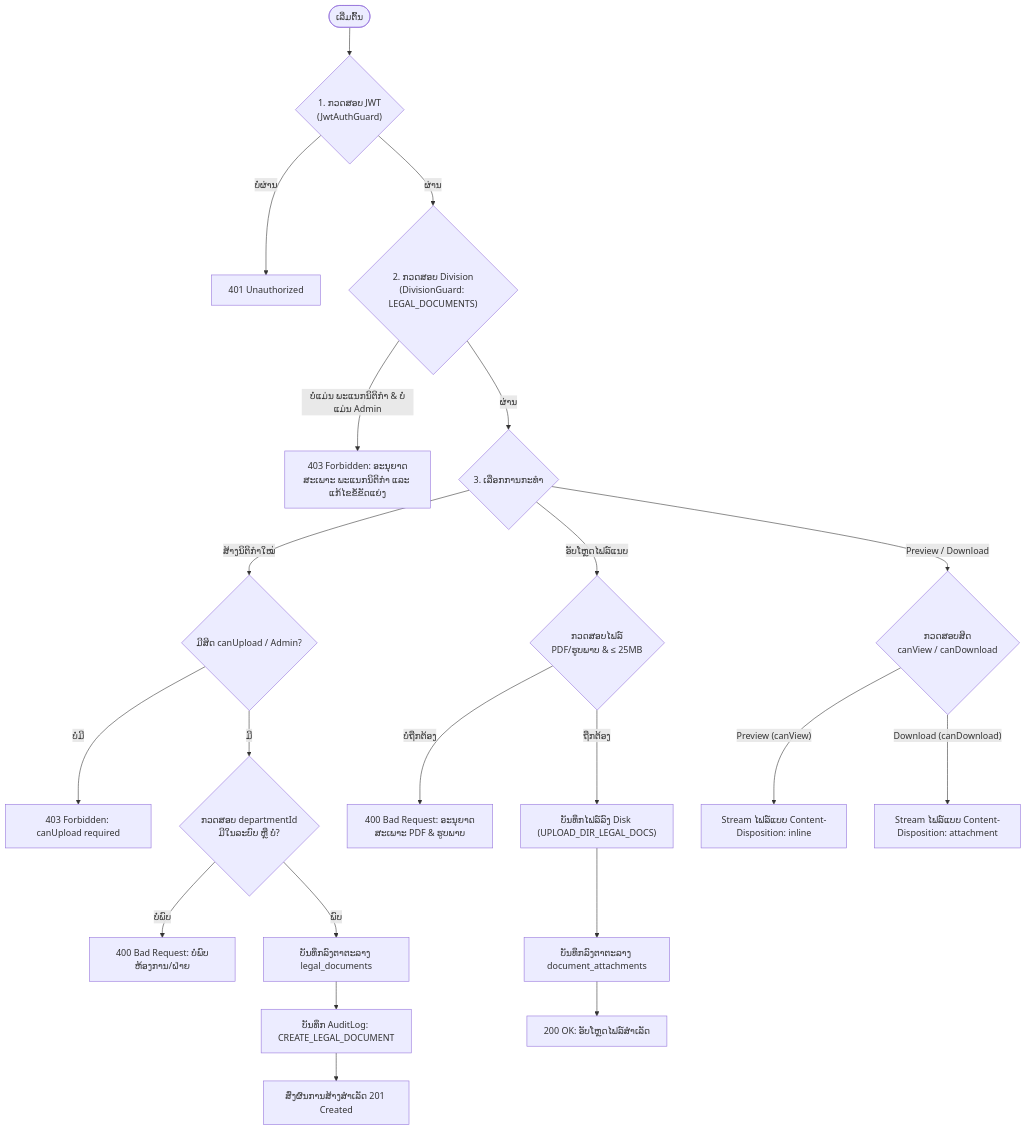
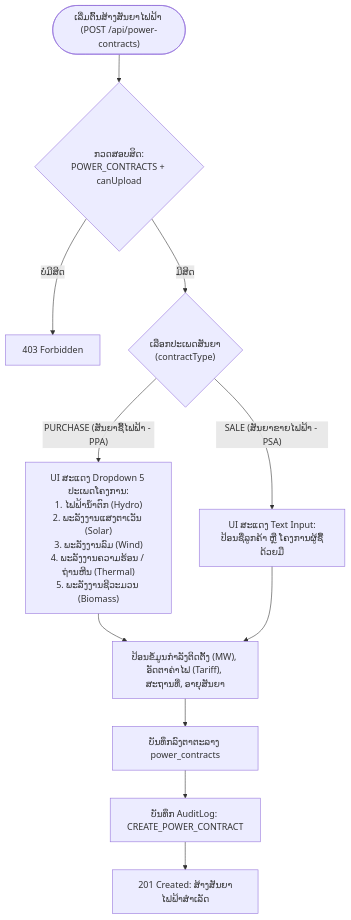
One commit to SamMie341/legal-contract-backend changed the fifth of 8 diagrams in SYSTEM_FLOW_AND_MODULES.md. Above: the diagram before and after it, drawn with Mermaid. The commit also changed other lines of this file and 99 other files, not shown here.

````diff
--- a/SYSTEM_FLOW_AND_MODULES.md
+++ b/SYSTEM_FLOW_AND_MODULES.md
@@ -196,30 +244,15 @@
 ```mermaid
 flowchart TD
-    Start(["ເລີ່ມຕົ້ນ"]) --> CheckAuth{"1. ກວດສອບ JWT<br/>(JwtAuthGuard)"}
-    CheckAuth -- "ບໍ່ຜ່ານ" --> Err401["401 Unauthorized"]
-    CheckAuth -- "ຜ່ານ" --> CheckDiv{"2. ກວດສອບ Division<br/>(DivisionGuard: LEGAL_DOCUMENTS)"}
-    
-    CheckDiv -- "ບໍ່ແມ່ນ ພະແນກນິຕິກຳ & ບໍ່ແມ່ນ Admin" --> ErrDiv403["403 Forbidden: ອະນຸຍາດສະເພາະ ພະແນກນິຕິກຳ ແລະ ແກ້ໄຂຂໍ້ຂັດແຍ່ງ"]
-    CheckDiv -- "ຜ່ານ" --> ActionType{"3. ເລືອກການກະທຳ"}
+    Start(["ເລີ່ມຕົ້ນສ້າງສັນຍາໄຟຟ້າ (POST /api/power-contracts)"]) --> CheckDiv{"ກວດສອບສິດ:<br/>POWER_CONTRACTS + canUpload"}
+    CheckDiv -- "ບໍ່ມີສິດ" --> Err403["403 Forbidden"]
+    CheckDiv -- "ມີສິດ" --> CheckType{"ເລືອກປະເພດສັນຍາ<br/>(contractType)"}
 
-    %% Action: Create Document
-    ActionType -- "ສ້າງນິຕິກຳໃໝ່" --> CheckUploadRole{"ມີສິດ canUpload / Admin?"}
-    CheckUploadRole -- "ບໍ່ມີ" --> Err403["403 Forbidden: canUpload required"]
-    CheckUploadRole -- "ມີ" --> ValDept{"ກວດສອບ departmentId<br/>ມີໃນລະບົບ ຫຼື ບໍ່?"}
-    ValDept -- "ບໍ່ພົບ" --> Err400["400 Bad Request: ບໍ່ພົບຫ້ອງການ/ຝ່າຍ"]
-    ValDept -- "ພົບ" --> SaveDoc["ບັນທຶກລົງຕາຕະລາງ legal_documents"]
-    SaveDoc --> AuditDoc["ບັນທຶກ AuditLog: CREATE_LEGAL_DOCUMENT"]
-    AuditDoc --> ResDoc["ສົ່ງຜົນການສ້າງສຳເລັດ 201 Created"]
+    CheckType -- "PURCHASE (ສັນຍາຊື້ໄຟຟ້າ - PPA)" --> PPAFlow["UI ສະແດງ Dropdown 5 ປະເພດໂຄງການ:<br/>1. ໄຟຟ້ານໍ້າຕົກ (Hydro)<br/>2. ພະລັງງານແສງຕາເວັນ (Solar)<br/>3. ພະລັງງານລົມ (Wind)<br/>4. ພະລັງງານຄວາມຮ້ອນ / ຖ່ານຫີນ (Thermal)<br/>5. ພະລັງງານຊີວະມວນ (Biomass)"]
+    CheckType -- "SALE (ສັນຍາຂາຍໄຟຟ້າ - PSA)" --> PSAFlow["UI ສະແດງ Text Input:<br/>ປ້ອນຊື່ລູກຄ້າ ຫຼື ໂຄງການຜູ້ຊື້ດ້ວຍມື"]
 
-    %% Action: Attachments
-    ActionType -- "ອັບໂຫຼດໄຟລ໌ແນບ" --> MulterCheck{"ກວດສອບໄຟລ໌<br/>PDF/ຮູບພາບ & &le; 25MB"}
-    MulterCheck -- "ບໍ່ຖືກຕ້ອງ" --> ErrFile["400 Bad Request: ອະນຸຍາດສະເພາະ PDF & ຮູບພາບ"]
-    MulterCheck -- "ຖືກຕ້ອງ" --> SaveFileDisk["ບັນທຶກໄຟລ໌ລົງ Disk (UPLOAD_DIR_LEGAL_DOCS)"]
-    SaveFileDisk --> SaveFileDB["ບັນທຶກລົງຕາຕະລາງ document_attachments"]
-    SaveFileDB --> ResFile["200 OK: ອັບໂຫຼດໄຟລ໌ສຳເລັດ"]
-
-    %% Action: Preview / Download
-    ActionType -- "Preview / Download" --> CheckPerm{"ກວດສອບສິດ<br/>canView / canDownload"}
-    CheckPerm -- "Preview (canView)" --> StreamInline["Stream ໄຟລ໌ແບບ Content-Disposition: inline"]
-    CheckPerm -- "Download (canDownload)" --> StreamAtt["Stream ໄຟລ໌ແບບ Content-Disposition: attachment"]
+    PPAFlow --> FormInput["ປ້ອນຂໍ້ມູນກຳລັງຕິດຕັ້ງ (MW), ອັດຕາຄ່າໄຟ (Tariff), ສະຖານທີ່, ອາຍຸສັນຍາ"]
+    PSAFlow --> FormInput
+    FormInput --> SavePower["ບັນທຶກລົງຕາຕະລາງ power_contracts"]
+    SavePower --> AuditPower["ບັນທຶກ AuditLog: CREATE_POWER_CONTRACT"]
+    AuditPower --> SuccessPower["201 Created: ສ້າງສັນຍາໄຟຟ້າສຳເລັດ"]
 ```
````
